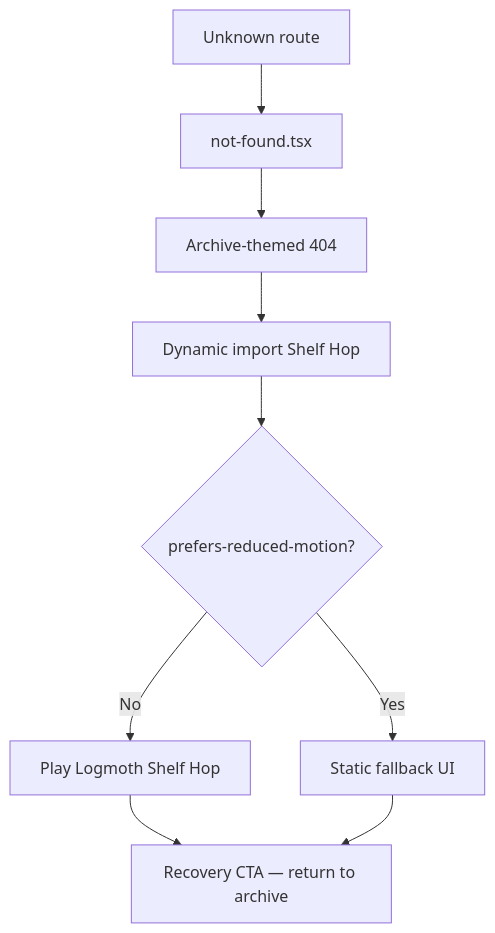
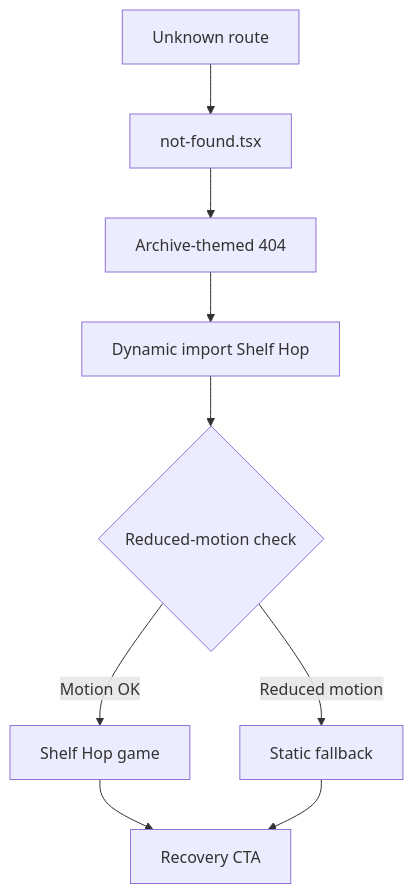
Before and after one commit to RPK2103/the-build-archive-showcase: the fifth of 5 diagrams in docs/architecture.md, drawn with Mermaid. The commit also changed other lines of this file and 7 other files, not shown here.

````diff
--- a/docs/architecture.md
+++ b/docs/architecture.md
@@ -134,11 +149,11 @@
 ```mermaid
 flowchart TD
-    A[Unknown route] --> B[not-found.tsx]
-    B --> C[Archive-themed 404]
-    C --> D[Dynamic import Shelf Hop]
-    D --> E{prefers-reduced-motion?}
-    E -->|No| F[Play Logmoth Shelf Hop]
-    E -->|Yes| G[Static fallback UI]
-    F --> H[Recovery CTA — return to archive]
-    G --> H
+  A[Unknown route] --> B[not-found.tsx]
+  B --> C[Archive-themed 404]
+  C --> D[Dynamic import Shelf Hop]
+  D --> E{Reduced-motion check}
+  E -->|Motion OK| F[Shelf Hop game]
+  E -->|Reduced motion| G[Static fallback]
+  F --> H[Recovery CTA]
+  G --> H
 ```
````
